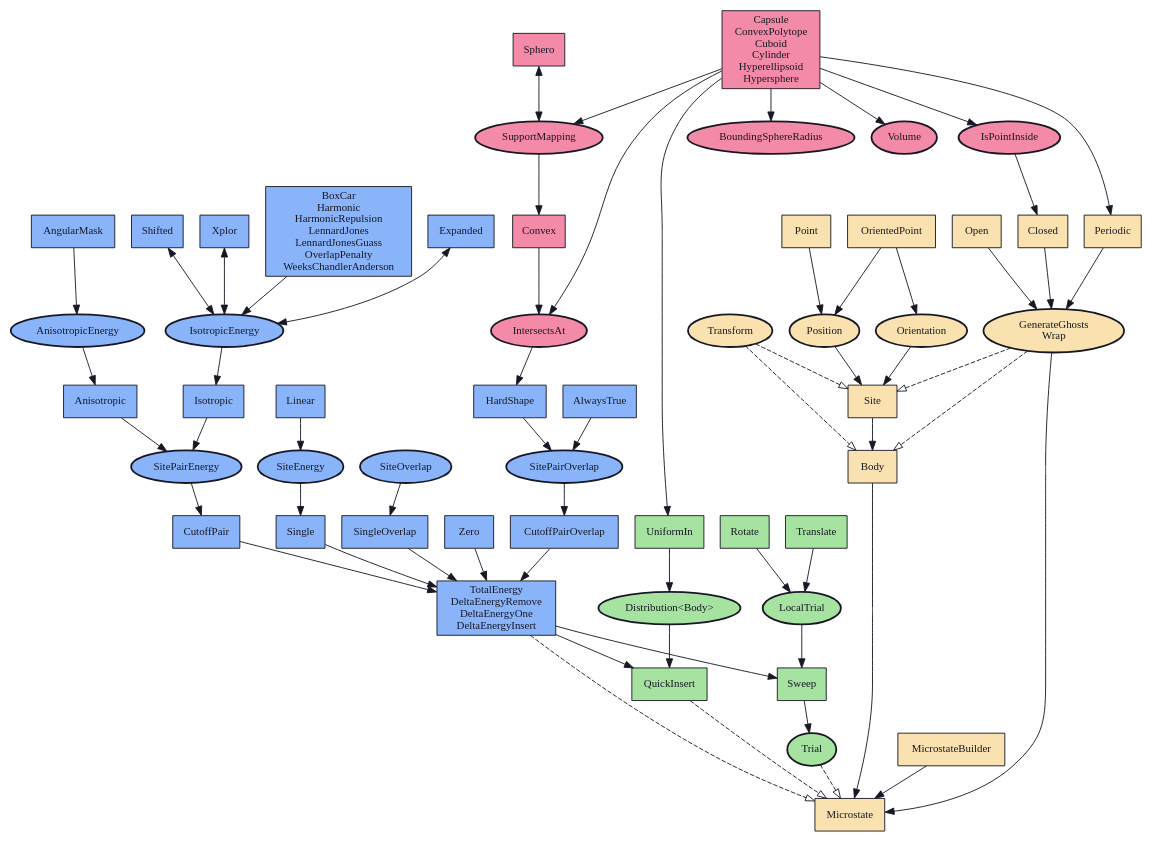
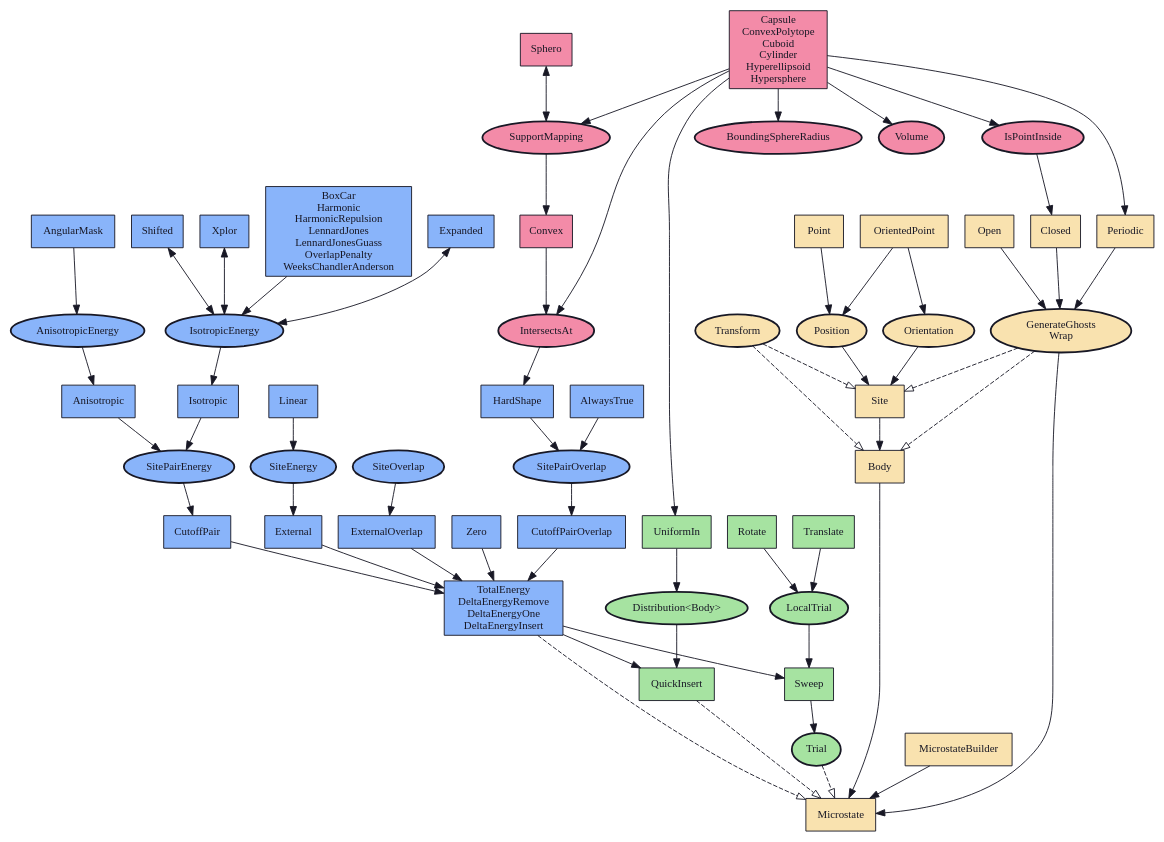
The diagram in doc/figures/structure.dot (glotzerlab/hoomd-rs), drawn with Graphviz before and after one commit. The commit also changed 12 other files, not shown here.

Commit message:
Single -> External

```diff
--- a/doc/figures/structure.dot
+++ b/doc/figures/structure.dot
@@ -34,8 +34,8 @@
         isotropic_potentials [ label = "BoxCar\nHarmonic\nHarmonicRepulsion\nLennardJones\nLennardJonesGuass\nOverlapPenalty\nWeeksChandlerAnderson" ]
         SitePairEnergy -> CutoffPair
         SitePairOverlap -> CutoffPairOverlap
-        SiteOverlap -> SingleOverlap
-        SiteEnergy -> Single
+        SiteOverlap -> ExternalOverlap
+        SiteEnergy -> External
         Linear -> SiteEnergy
         AlwaysTrue -> SitePairOverlap
         AngularMask -> AnisotropicEnergy
@@ -51,8 +51,8 @@
 
         Hamiltonian [ label="TotalEnergy\nDeltaEnergyRemove\nDeltaEnergyOne\nDeltaEnergyInsert"]
 
-        Single -> Hamiltonian
-        SingleOverlap -> Hamiltonian
+        External -> Hamiltonian
+        ExternalOverlap -> Hamiltonian
         CutoffPair -> Hamiltonian
         CutoffPairOverlap -> Hamiltonian
         Zero -> Hamiltonian
@@ -71,13 +71,13 @@
         CutoffPair [ URL="../api/hoomd_interaction/struct.CutoffPair.html" ]
         Linear [ URL="../api/hoomd_interaction/external/struct.Linear.html" ]
         SiteEnergy [ URL="../api/hoomd_interaction/trait.SiteEnergy.html" ]
-        Single [ URL="../api/hoomd_interaction/struct.Single.html" ]
+        External [ URL="../api/hoomd_interaction/struct.External.html" ]
         HardShape [ URL="../api/hoomd_interaction/pairwise/struct.HardShape.html" ]
         SitePairOverlap [ URL="../api/hoomd_interaction/trait.SitePairOverlap.html" ]
         CutoffPairOverlap [ URL="../api/hoomd_interaction/struct.CutoffPairOverlap.html" ]
         AlwaysTrue [ URL="../api/hoomd_interaction/pairwise/struct.AlwaysTrue.html" ]
         SiteOverlap [ URL="../api/hoomd_interaction/trait.SiteOverlap.html" ]
-        SingleOverlap [ URL="../api/hoomd_interaction/struct.SingleOverlap.html" ]
+        ExternalOverlap [ URL="../api/hoomd_interaction/struct.ExternalOverlap.html" ]
         Zero [ URL="../api/hoomd_interaction/struct.Zero.html" ]
         Hamiltonian [ URL="../api/hoomd_interaction/index.html" ]
     }
```
